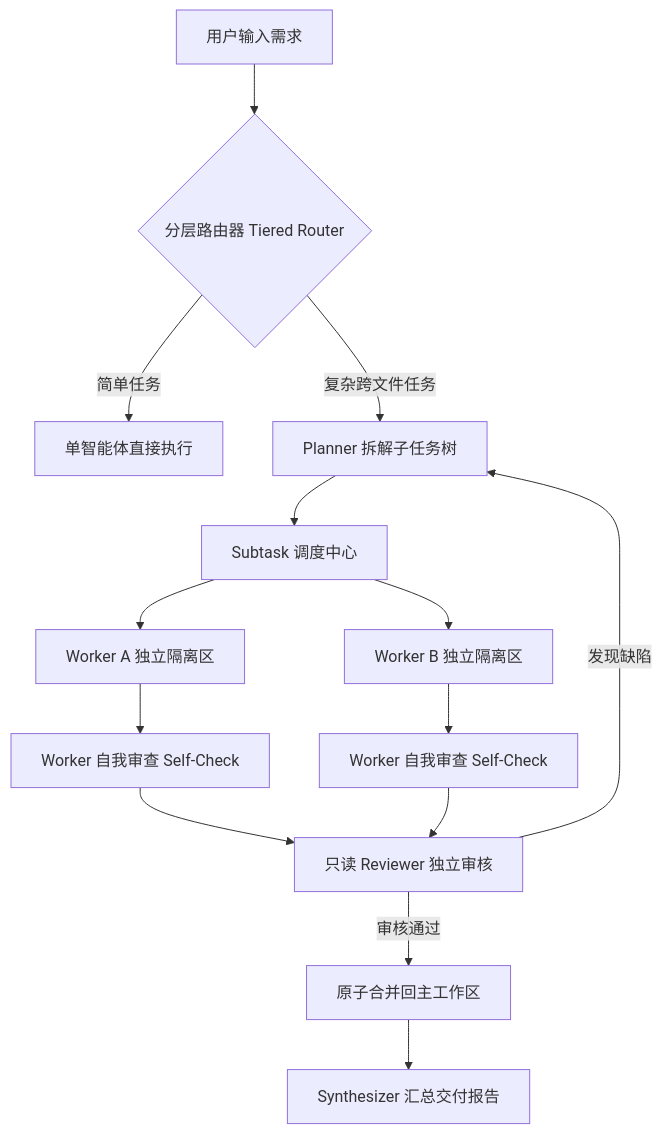
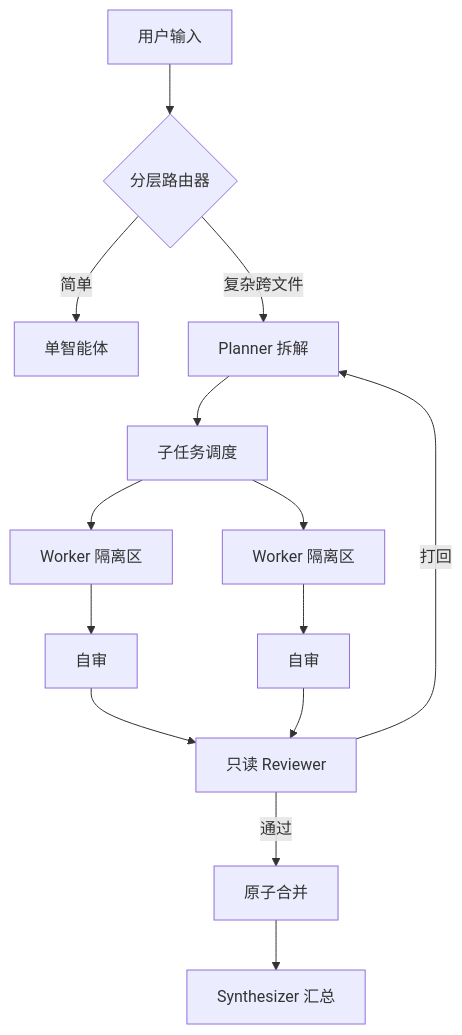
Before and after one commit to fengzhiyushui/inkstone: the diagram in docs/DEPLOYMENT_AND_USAGE.md, drawn with Mermaid. The commit also changed other lines of this file and 165 other files, not shown here.

````diff
--- a/docs/DEPLOYMENT_AND_USAGE.md
+++ b/docs/DEPLOYMENT_AND_USAGE.md
@@ -410,16 +341,16 @@
 ```mermaid
 graph TD
-    A[用户输入需求] --> B{分层路由器 Tiered Router}
-    B -->|简单任务| C[单智能体直接执行]
-    B -->|复杂跨文件任务| D[Planner 拆解子任务树]
-    D --> E[Subtask 调度中心]
-    E --> F[Worker A 独立隔离区]
-    E --> G[Worker B 独立隔离区]
-    F --> H[Worker 自我审查 Self-Check]
-    G --> I[Worker 自我审查 Self-Check]
-    H --> J[只读 Reviewer 独立审核]
+    A[用户输入] --> B{分层路由器}
+    B -->|简单| C[单智能体]
+    B -->|复杂跨文件| D[Planner 拆解]
+    D --> E[子任务调度]
+    E --> F[Worker 隔离区]
+    E --> G[Worker 隔离区]
+    F --> H[自审]
+    G --> I[自审]
+    H --> J[只读 Reviewer]
     I --> J
-    J -->|发现缺陷| D
-    J -->|审核通过| K[原子合并回主工作区]
-    K --> L[Synthesizer 汇总交付报告]
+    J -->|打回| D
+    J -->|通过| K[原子合并]
+    K --> L[Synthesizer 汇总]
 ```
````
